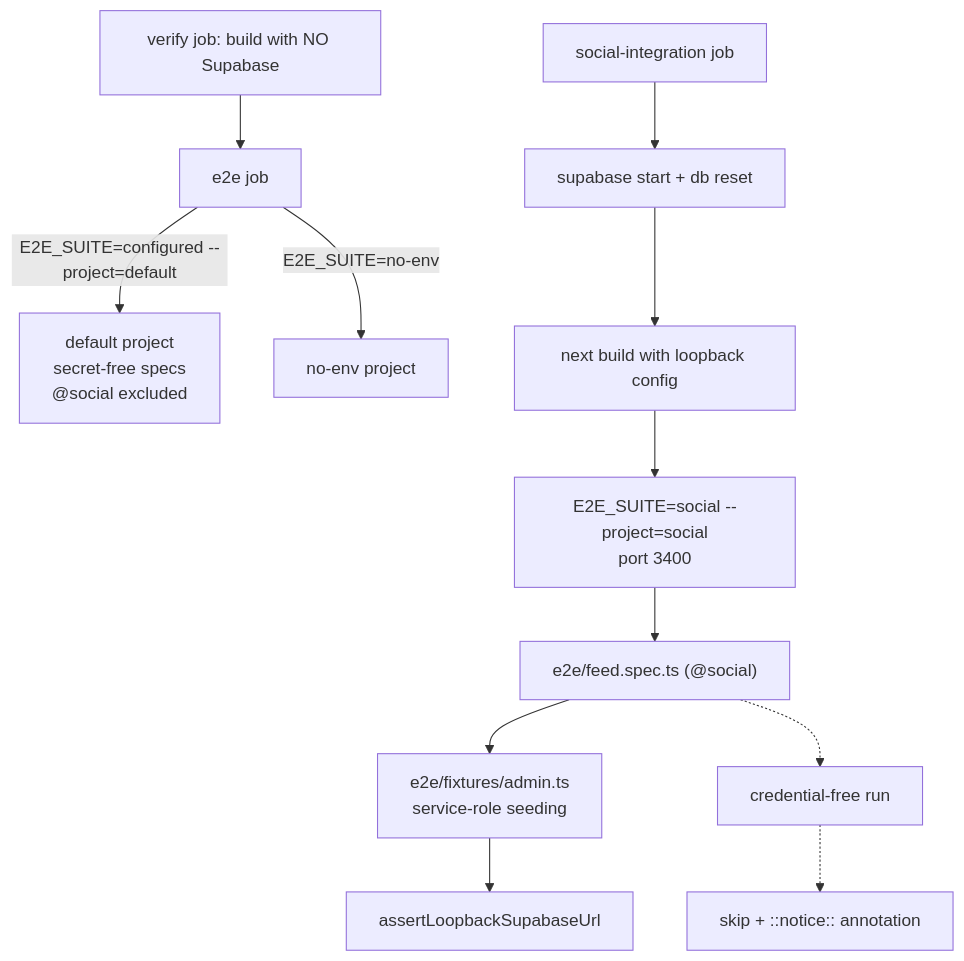
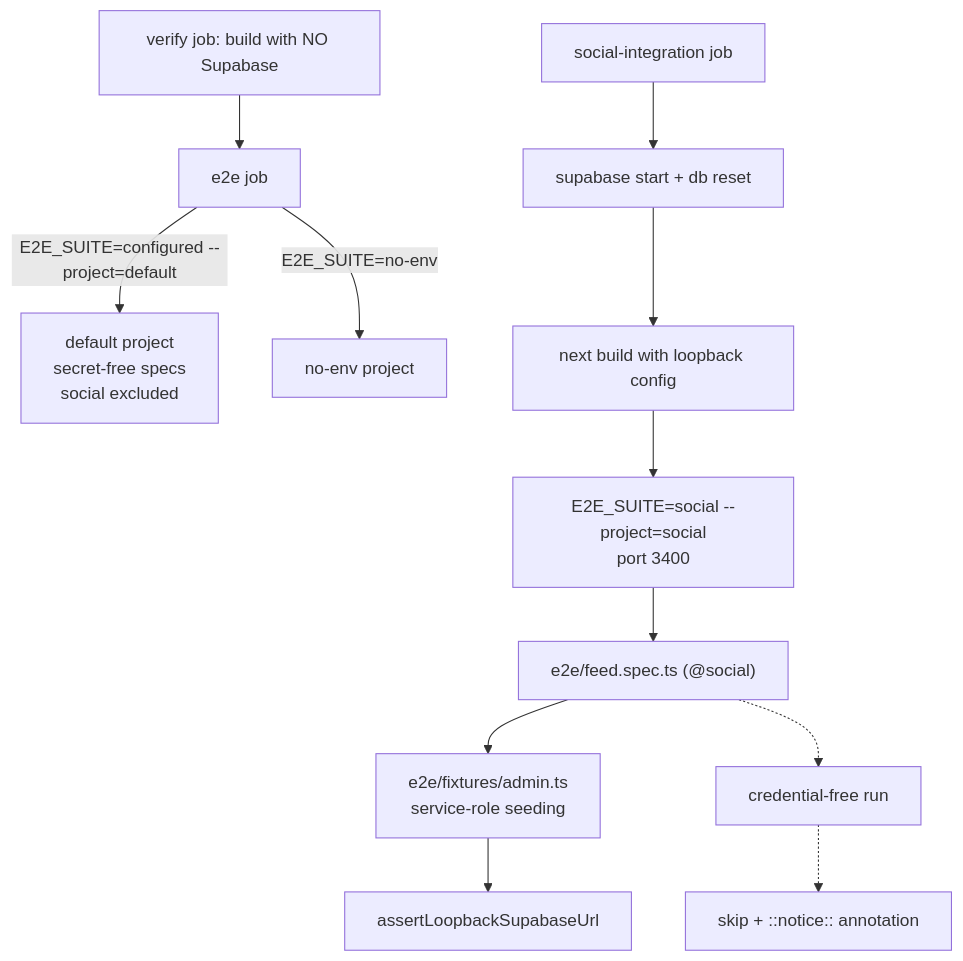
One commit to jedemarco1030/favalog changed the diagram in .junie/plans/fix-ci-feed-e2e-suite.md. Above: the diagram before and after it, drawn with Mermaid.

Commit message:
fix(ci): isolate feed e2e tests and run with seeded local Supabase

````diff
--- a/.junie/plans/fix-ci-feed-e2e-suite.md
+++ b/.junie/plans/fix-ci-feed-e2e-suite.md
@@ -255,16 +255,16 @@
 ```mermaid
 graph TD
   V[verify job: build with NO Supabase] --> A[e2e job]
-  A -->|E2E_SUITE=configured --project=default| D[default project<br/>secret-free specs<br/>@social excluded]
+  A -->|E2E_SUITE=configured --project=default| D[default project<br/>secret-free specs<br/>social excluded]
   A -->|E2E_SUITE=no-env| N[no-env project]
 
   S[social-integration job] --> L[supabase start + db reset]
   L --> B[next build with loopback config]
   B --> P[E2E_SUITE=social --project=social<br/>port 3400]
   P --> F["e2e/feed.spec.ts (@social)"]
   F --> AD["e2e/fixtures/admin.ts<br/>service-role seeding"]
   AD --> G[assertLoopbackSupabaseUrl]
 
   X[credential-free run] -.-> SK["skip + ::notice:: annotation"]
   F -.-> X
 ```
````
